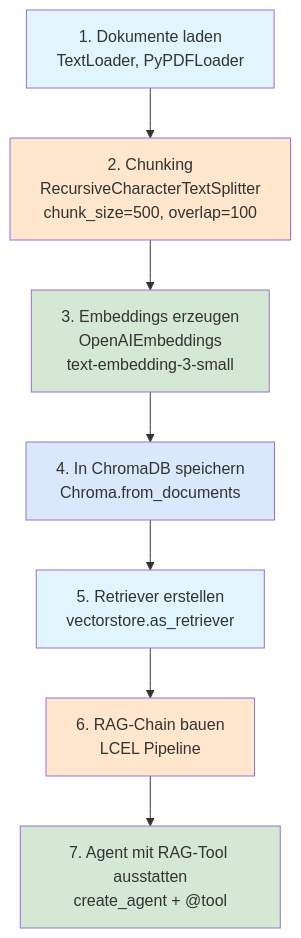
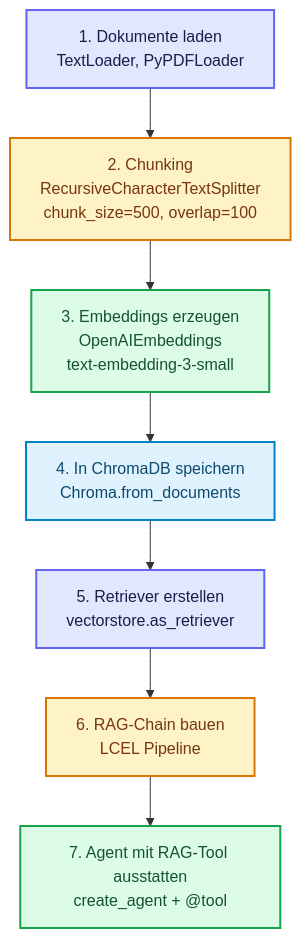
Before and after one commit to ralf-42/Agenten: the fourth of 4 diagrams in docs/05-frameworks/einsteiger-chromadb.md, drawn with Mermaid. The commit also changed other lines of this file and 15 other files, not shown here.

````diff
--- a/docs/05-frameworks/einsteiger-chromadb.md
+++ b/docs/05-frameworks/einsteiger-chromadb.md
@@ -844,25 +850,25 @@
 ```mermaid
 flowchart TB
     LOAD[1. Dokumente laden<br/>TextLoader, PyPDFLoader]
     CHUNK[2. Chunking<br/>RecursiveCharacterTextSplitter<br/>chunk_size=500, overlap=100]
     EMBED[3. Embeddings erzeugen<br/>OpenAIEmbeddings<br/>text-embedding-3-small]
     STORE[4. In ChromaDB speichern<br/>Chroma.from_documents]
     RETRIEVE[5. Retriever erstellen<br/>vectorstore.as_retriever]
     CHAIN[6. RAG-Chain bauen<br/>LCEL Pipeline]
     AGENT[7. Agent mit RAG-Tool ausstatten<br/>create_agent + @tool]
 
     LOAD --> CHUNK
     CHUNK --> EMBED
     EMBED --> STORE
     STORE --> RETRIEVE
     RETRIEVE --> CHAIN
     CHAIN --> AGENT
 
-    style LOAD fill:#e1f5ff
-    style CHUNK fill:#ffe6cc
-    style EMBED fill:#d5e8d4
-    style STORE fill:#dae8fc
-    style RETRIEVE fill:#e1f5ff
-    style CHAIN fill:#ffe6cc
-    style AGENT fill:#d5e8d4
+    classDef default fill:#e0f2fe,stroke:#0284c7,stroke-width:2px,color:#0c4a6e;
+    classDef input fill:#e0e7ff,stroke:#6366f1,stroke-width:2px,color:#1e1b4b;
+    classDef metric fill:#fef3c7,stroke:#d97706,stroke-width:2px,color:#78350f;
+    classDef output fill:#dcfce7,stroke:#16a34a,stroke-width:2px,color:#14532d;
+    class LOAD,RETRIEVE input;
+    class CHUNK,CHAIN metric;
+    class EMBED,AGENT output;
 ```
````
